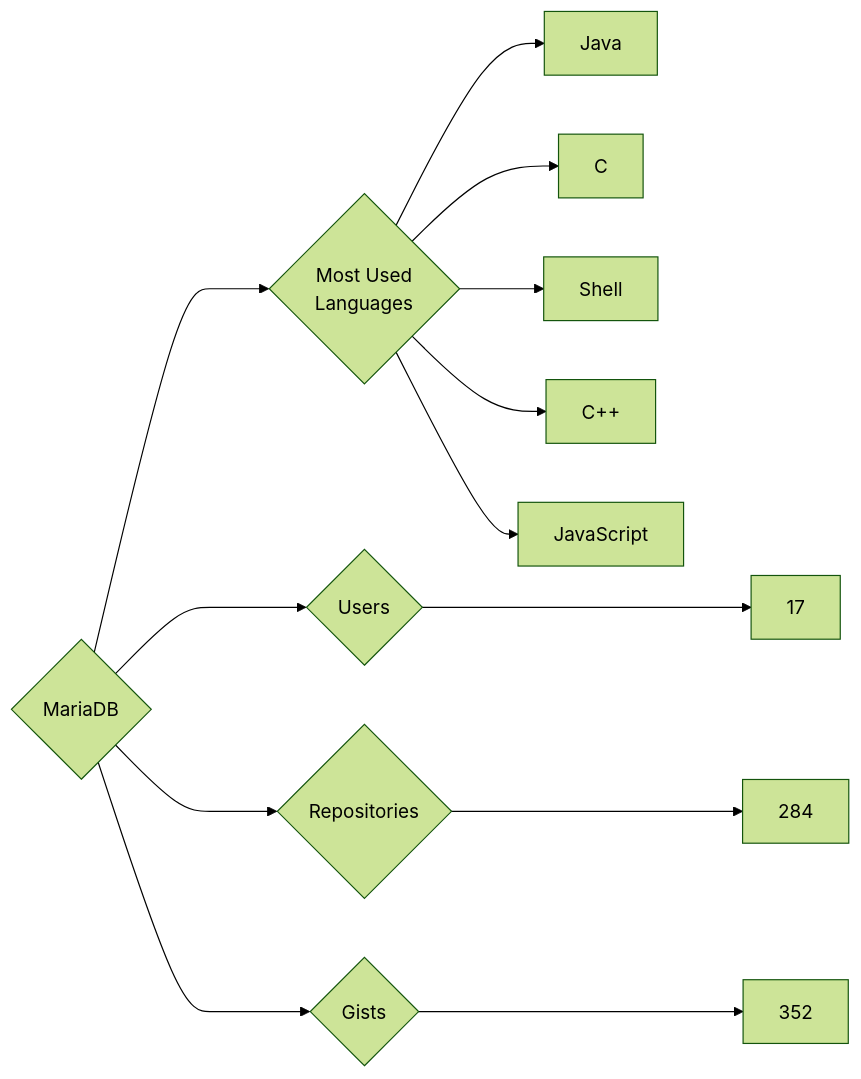
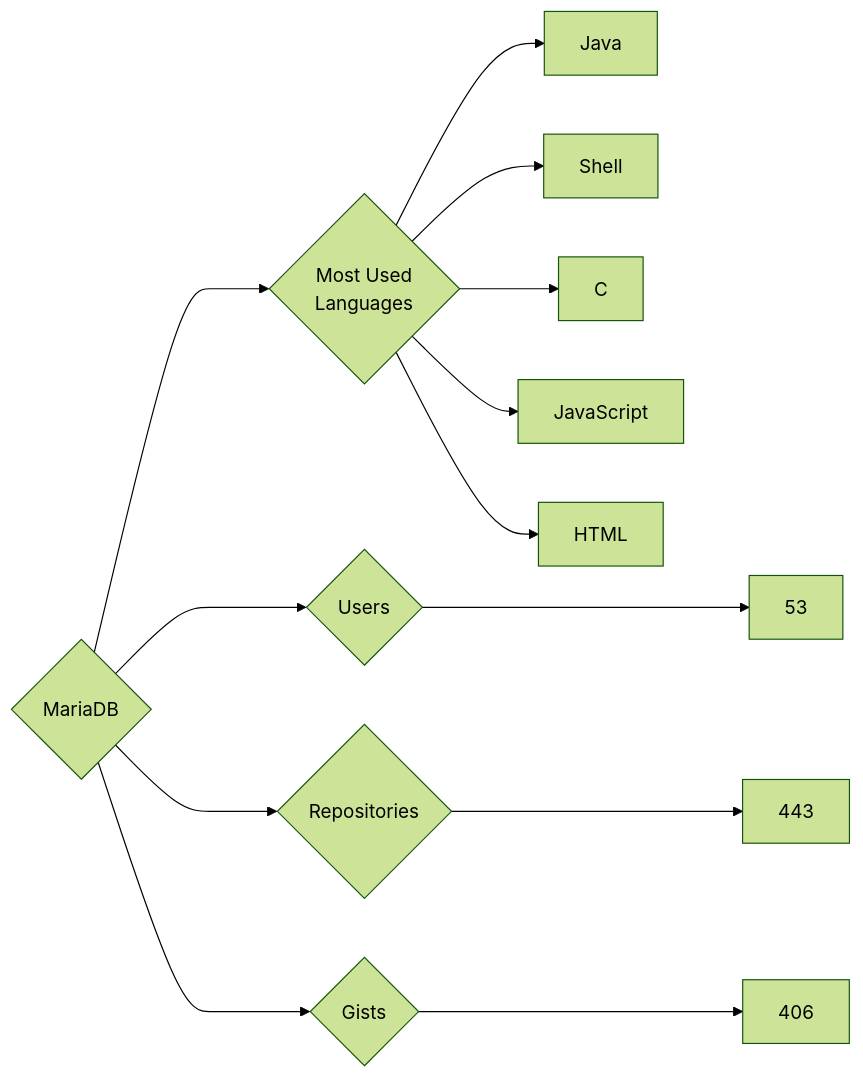
Before and after one commit to trickest/insiders: the diagram in targets/MariaDB/README.md, drawn with Mermaid (forest theme). The commit also changed 953 other files, not shown here.

````diff
--- a/targets/MariaDB/README.md
+++ b/targets/MariaDB/README.md
@@ -3,13 +3,13 @@
 ```mermaid
 graph LR
 COMPANY_NAME{MariaDB}
-COMPANY_NAME ---> U{Users} ---> UN[17]
-COMPANY_NAME ---> R{Repositories} ---> RN[284]
-COMPANY_NAME ---> G{Gists} ---> GN[352]
+COMPANY_NAME ---> U{Users} ---> UN[53]
+COMPANY_NAME ---> R{Repositories} ---> RN[443]
+COMPANY_NAME ---> G{Gists} ---> GN[406]
 COMPANY_NAME ---> ML{Most Used<br>Languages}
 ML --> Java[Java]
+ML --> Shell[Shell]
 ML --> C[C]
-ML --> Shell[Shell]
-ML --> C++[C++]
 ML --> JavaScript[JavaScript]
+ML --> HTML[HTML]
 ```
````
